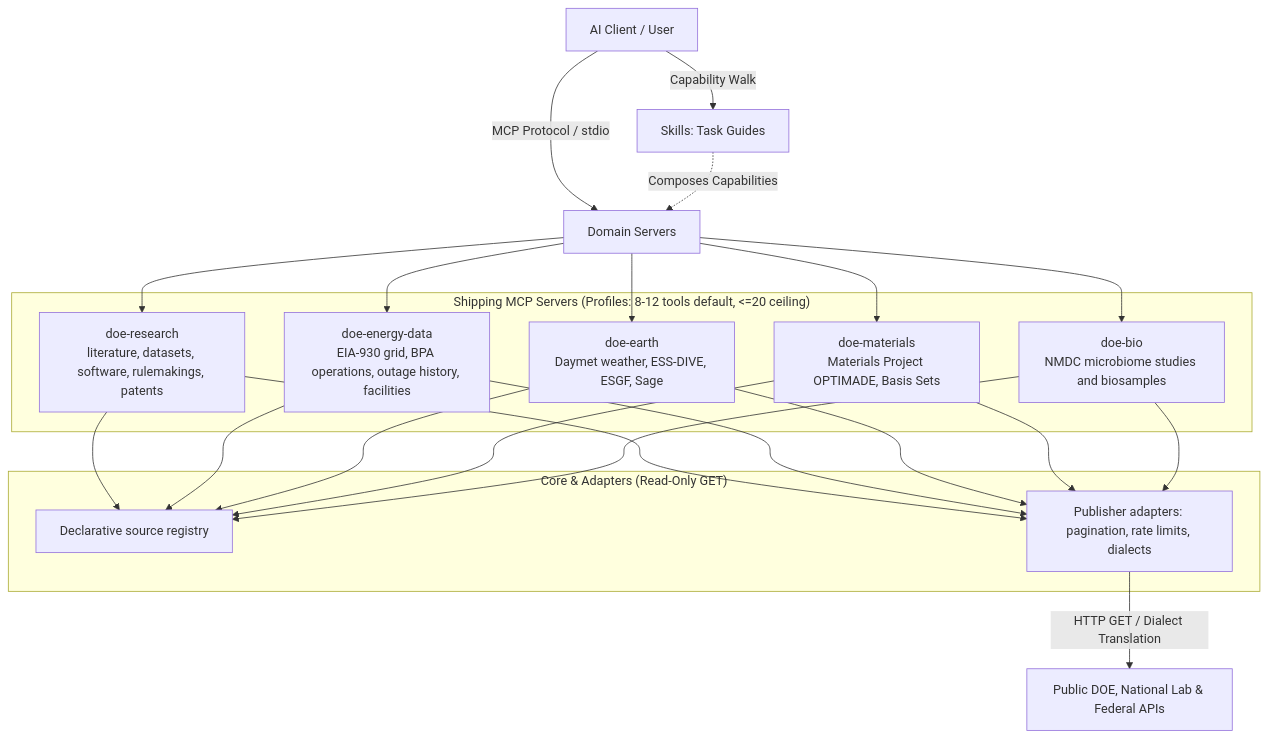
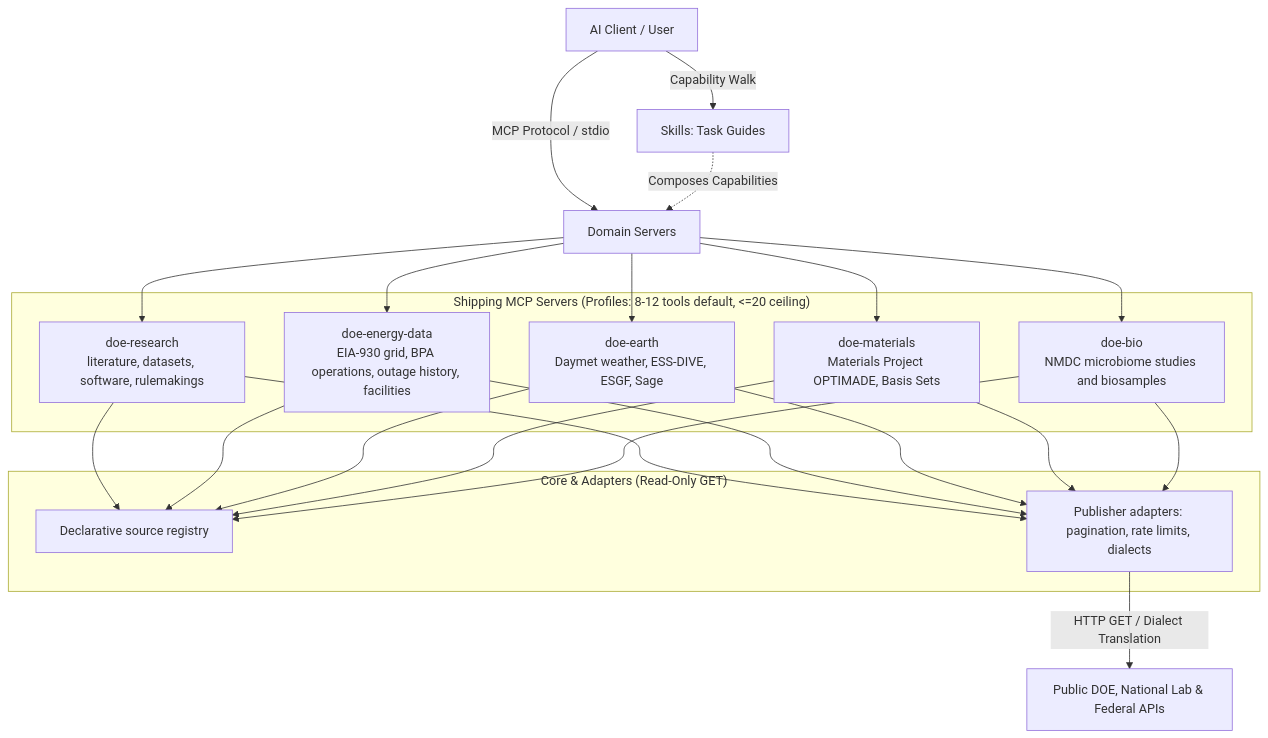
The diagram in README.md (pranava0x0/DOE-MCP), drawn with Mermaid before and after one commit. The commit also changed other lines of this file and 13 other files, not shown here.

````diff
--- a/README.md
+++ b/README.md
@@ -144,30 +144,30 @@
 ```mermaid
 graph TD
     User[AI Client / User] -->|Capability Walk| Skills[Skills: Task Guides]
     User -->|MCP Protocol / stdio| Servers[Domain Servers]
     Skills -.->|Composes Capabilities| Servers
 
     subgraph "Shipping MCP Servers (Profiles: 8-12 tools default, <=20 ceiling)"
-        S1["doe-research<br/>literature, datasets, software, rulemakings, patents"]
+        S1["doe-research<br/>literature, datasets, software, rulemakings"]
         S2["doe-energy-data<br/>EIA-930 grid, BPA operations, outage history, facilities"]
         S3["doe-earth<br/>Daymet weather, ESS-DIVE, ESGF, Sage"]
         S4["doe-materials<br/>Materials Project OPTIMADE, Basis Sets"]
         S5["doe-bio<br/>NMDC microbiome studies and biosamples"]
     end
 
     Servers --> S1
     Servers --> S2
     Servers --> S3
     Servers --> S4
     Servers --> S5
 
     subgraph "Core & Adapters (Read-Only GET)"
         Registry[Declarative source registry]
         Adapters[Publisher adapters: pagination, rate limits, dialects]
     end
 
     S1 & S2 & S3 & S4 & S5 --> Registry
     S1 & S2 & S3 & S4 & S5 --> Adapters
 
     Adapters -->|HTTP GET / Dialect Translation| Upstream[Public DOE, National Lab & Federal APIs]
 ```
````
